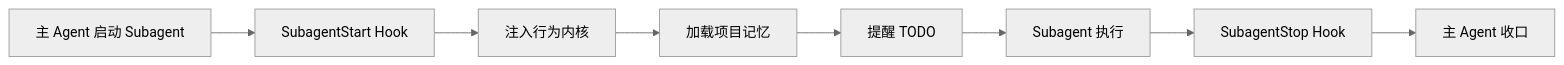
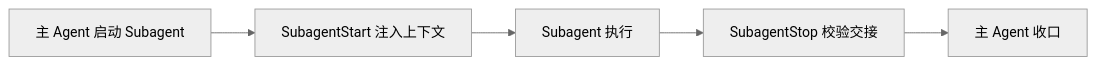
The diagram in src/content/docs/skills/hooks/subagent-start.mdx (bald-head/deploy-docs), drawn with Mermaid (neutral theme) before and after one commit. The commit also changed other lines of this file and 138 other files, not shown here.

````diff
--- a/src/content/docs/skills/hooks/subagent-start.mdx
+++ b/src/content/docs/skills/hooks/subagent-start.mdx
@@ -21,10 +35,7 @@
 ```mermaid
 graph LR
-    A[主 Agent 启动 Subagent] --> B[SubagentStart Hook]
-    B --> C[注入行为内核]
-    C --> D[加载项目记忆]
-    D --> E[提醒 TODO]
-    E --> F[Subagent 执行]
-    F --> G[SubagentStop Hook]
-    G --> H[主 Agent 收口]
+    A["主 Agent 启动 Subagent"] --> B["SubagentStart 注入上下文"]
+    B --> C["Subagent 执行"]
+    C --> D["SubagentStop 校验交接"]
+    D --> E["主 Agent 收口"]
 ```
````
